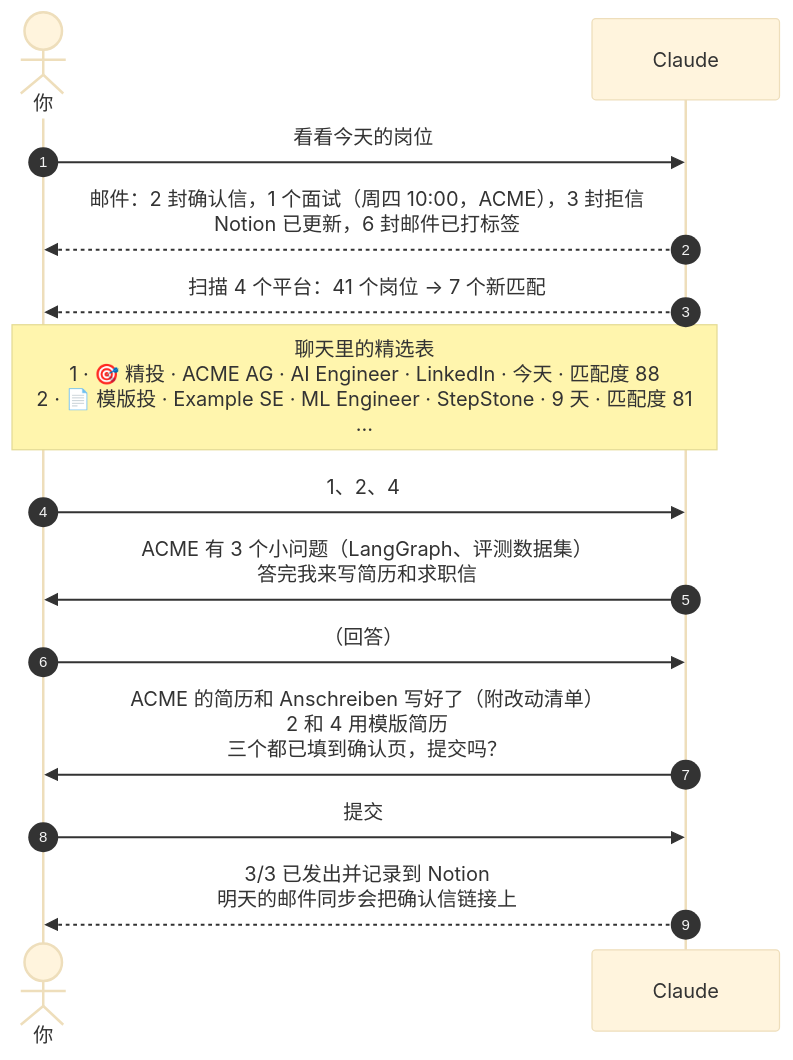
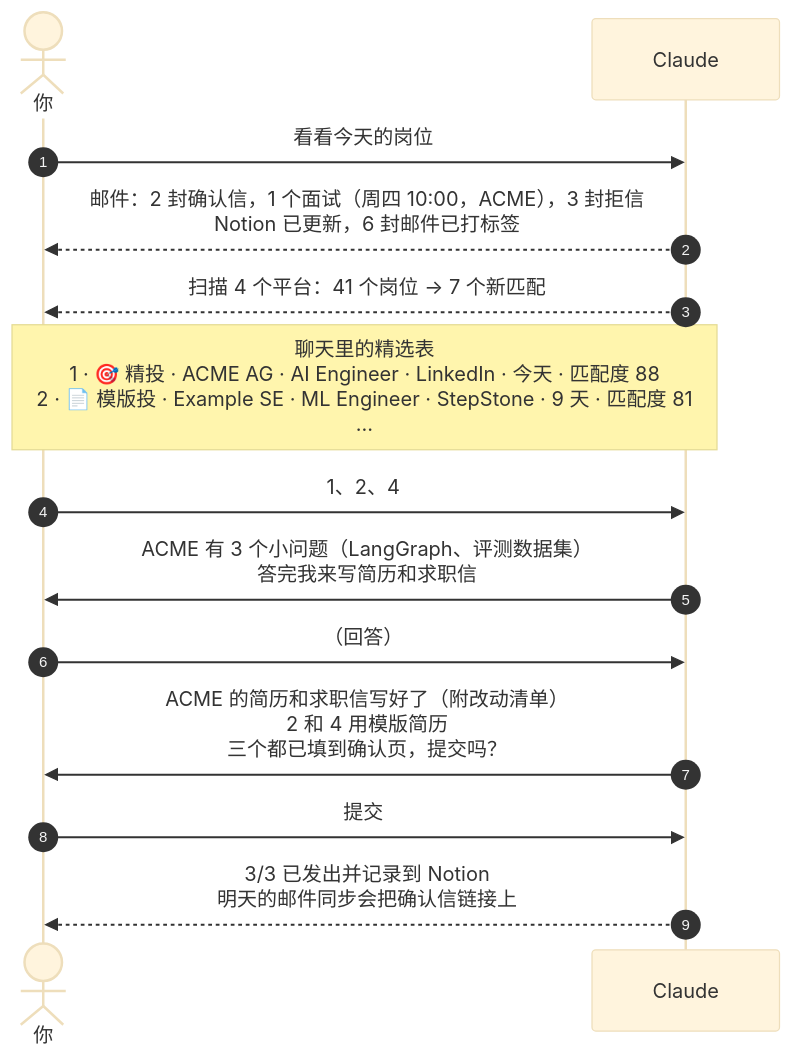
One commit to Zmx1122/claude-job-autopilot changed the second of 2 diagrams in README.md. Above: the diagram before and after it, drawn with Mermaid (base theme). The commit also changed other lines of this file, not shown here.

Commit message:
README (ZH): say 求职信 instead of Anschreiben

````diff
--- a/README.md
+++ b/README.md
@@ -247,16 +247,16 @@
 ```mermaid
 sequenceDiagram
     autonumber
     actor U as 你
     participant C as Claude
     U->>C: 看看今天的岗位
     C-->>U: 邮件：2 封确认信，1 个面试（周四 10:00，ACME），3 封拒信<br/>Notion 已更新，6 封邮件已打标签
     C-->>U: 扫描 4 个平台：41 个岗位 → 7 个新匹配
     Note over U,C: 聊天里的精选表<br/>1 · 🎯 精投 · ACME AG · AI Engineer · LinkedIn · 今天 · 匹配度 88<br/>2 · 📄 模版投 · Example SE · ML Engineer · StepStone · 9 天 · 匹配度 81<br/>…
     U->>C: 1、2、4
     C->>U: ACME 有 3 个小问题（LangGraph、评测数据集）<br/>答完我来写简历和求职信
     U->>C: （回答）
-    C->>U: ACME 的简历和 Anschreiben 写好了（附改动清单）<br/>2 和 4 用模版简历<br/>三个都已填到确认页，提交吗？
+    C->>U: ACME 的简历和求职信写好了（附改动清单）<br/>2 和 4 用模版简历<br/>三个都已填到确认页，提交吗？
     U->>C: 提交
     C-->>U: 3/3 已发出并记录到 Notion<br/>明天的邮件同步会把确认信链接上
 ```
````
